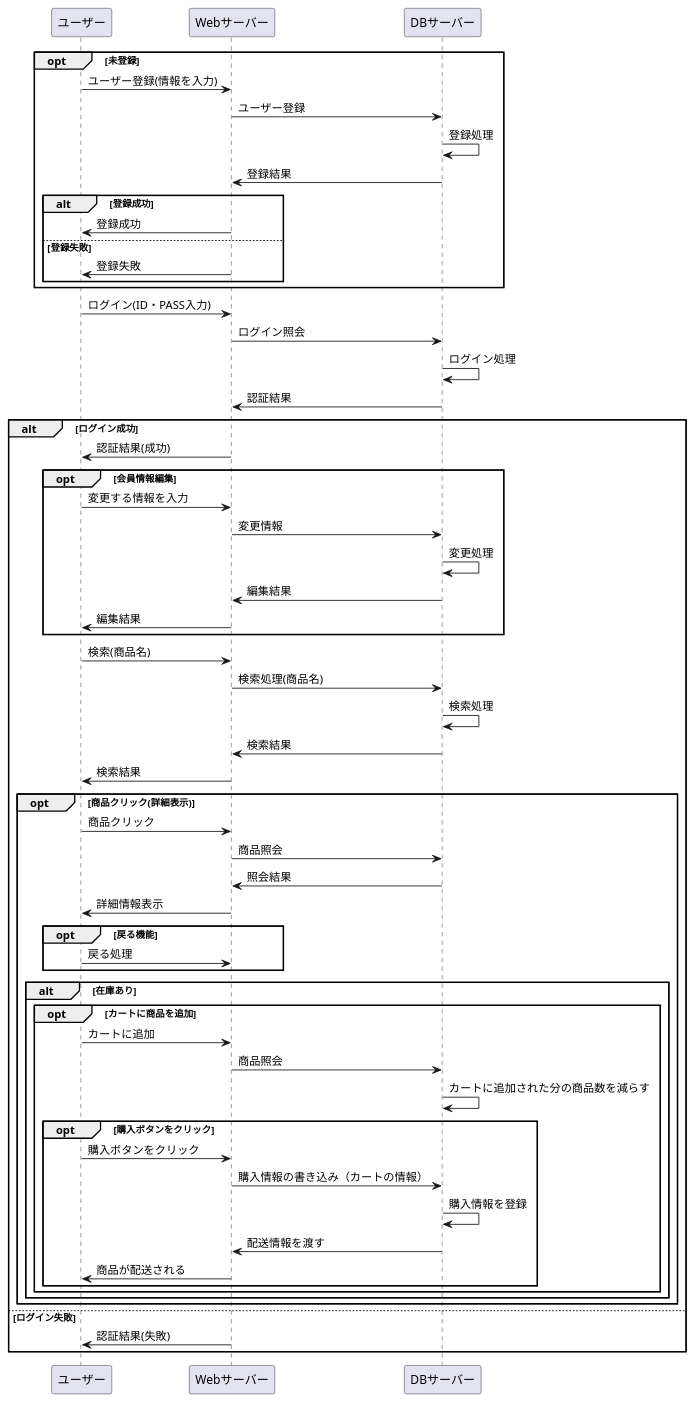
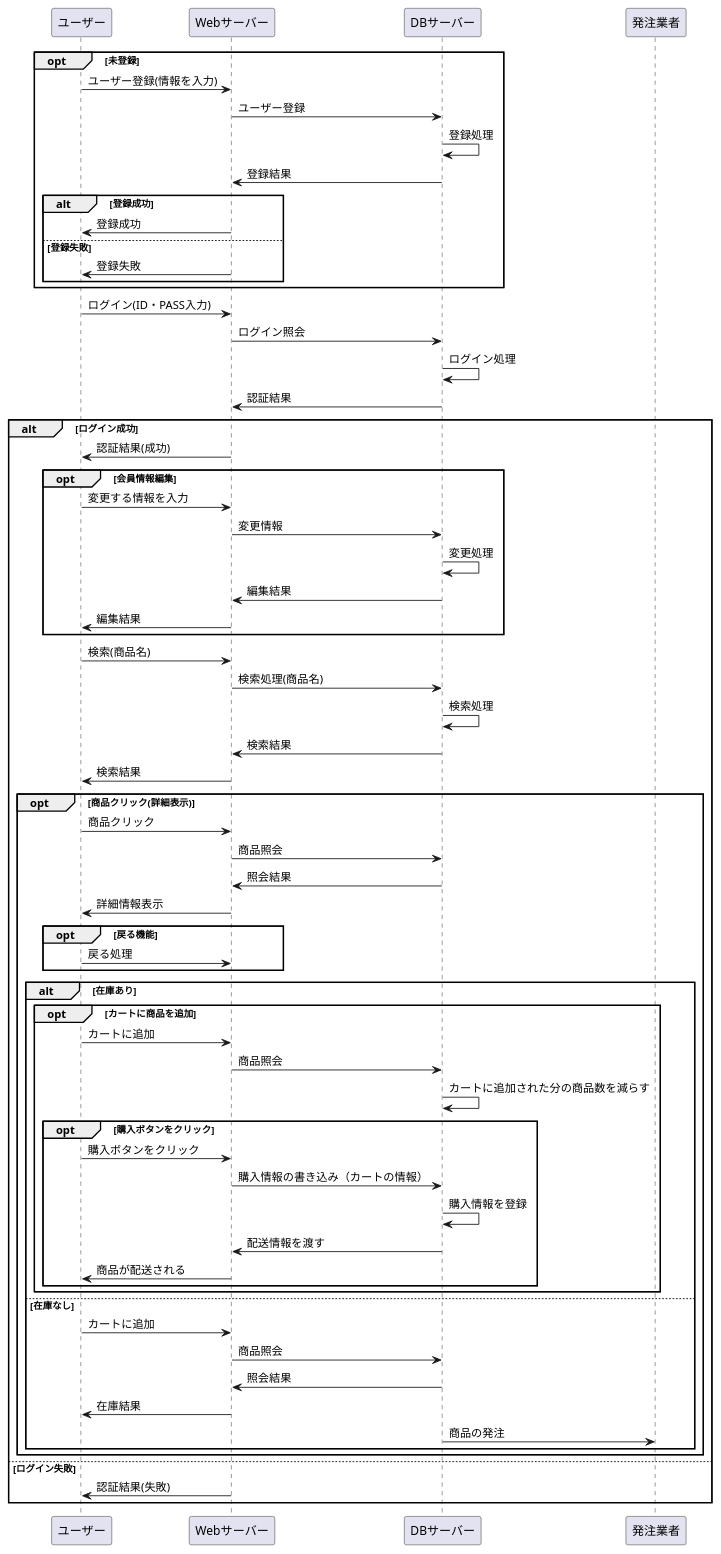
The diagram in 設計書/02_業務フロー/business-flow-check.md (Aso2001227/Aso-Sports-1), drawn with PlantUML before and after one commit.

````diff
--- a/設計書/02_業務フロー/business-flow-check.md
+++ b/設計書/02_業務フロー/business-flow-check.md
@@ -1,73 +1,80 @@
 ```uml
 @startuml
 opt 未登録
 ユーザー -> Webサーバー : ユーザー登録(情報を入力)
 Webサーバー -> DBサーバー : ユーザー登録
 DBサーバー -> DBサーバー : 登録処理
 DBサーバー -> Webサーバー : 登録結果
 
 
 
 
 
 
 
 alt 登録成功
 Webサーバー -> ユーザー : 登録成功
 else 登録失敗
 Webサーバー -> ユーザー : 登録失敗
 end
 end
 
 ユーザー -> Webサーバー : ログイン(ID・PASS入力)
 Webサーバー -> DBサーバー : ログイン照会
 DBサーバー -> DBサーバー : ログイン処理
 DBサーバー -> Webサーバー : 認証結果
 
 alt ログイン成功
 Webサーバー -> ユーザー : 認証結果(成功)
 opt 会員情報編集
 ユーザー -> Webサーバー : 変更する情報を入力
 Webサーバー -> DBサーバー :変更情報
 DBサーバー -> DBサーバー : 変更処理
 DBサーバー -> Webサーバー : 編集結果
 Webサーバー -> ユーザー : 編集結果
 end
 
 ユーザー -> Webサーバー : 検索(商品名)
 Webサーバー -> DBサーバー : 検索処理(商品名)
 DBサーバー -> DBサーバー : 検索処理
 DBサーバー -> Webサーバー : 検索結果
 Webサーバー -> ユーザー : 検索結果
 
 opt 商品クリック(詳細表示)
 ユーザー -> Webサーバー : 商品クリック
 Webサーバー -> DBサーバー : 商品照会
 DBサーバー -> Webサーバー : 照会結果
 Webサーバー -> ユーザー : 詳細情報表示
 
 opt 戻る機能
 ユーザー -> Webサーバー : 戻る処理
 end
 
 alt 在庫あり
 opt カートに商品を追加
 ユーザー -> Webサーバー : カートに追加
 Webサーバー -> DBサーバー : 商品照会
 DBサーバー -> DBサーバー : カートに追加された分の商品数を減らす
+
 opt 購入ボタンをクリック
 ユーザー -> Webサーバー : 購入ボタンをクリック
 Webサーバー -> DBサーバー :購入情報の書き込み（カートの情報）
 DBサーバー -> DBサーバー :購入情報を登録
 DBサーバー -> Webサーバー :配送情報を渡す
 Webサーバー -> ユーザー:商品が配送される
 end
 end
+else 在庫なし
+ユーザー -> Webサーバー : カートに追加
+Webサーバー -> DBサーバー : 商品照会
+DBサーバー -> Webサーバー : 照会結果
+Webサーバー -> ユーザー : 在庫結果
+DBサーバー -> 発注業者 : 商品の発注
 end
 end
 
 else ログイン失敗
 Webサーバー -> ユーザー : 認証結果(失敗)
 end
 @enduml
 ```
````
